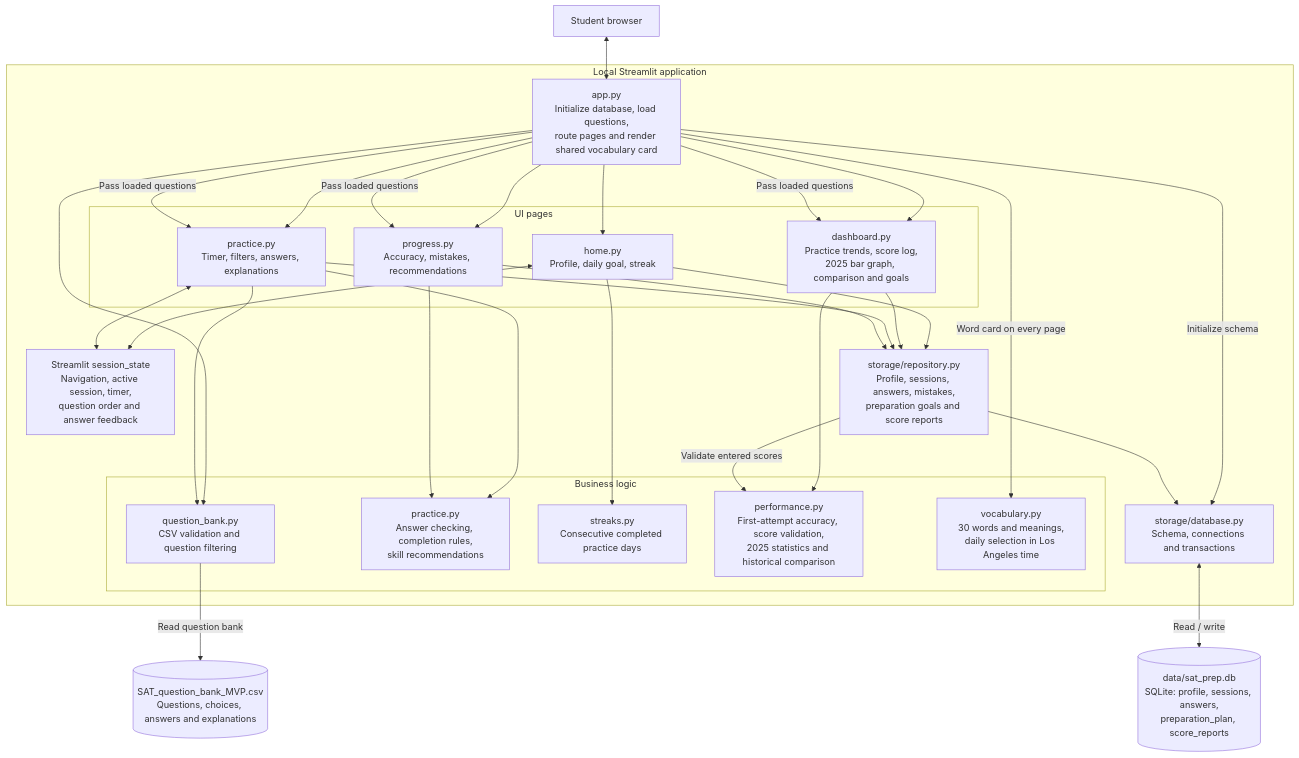
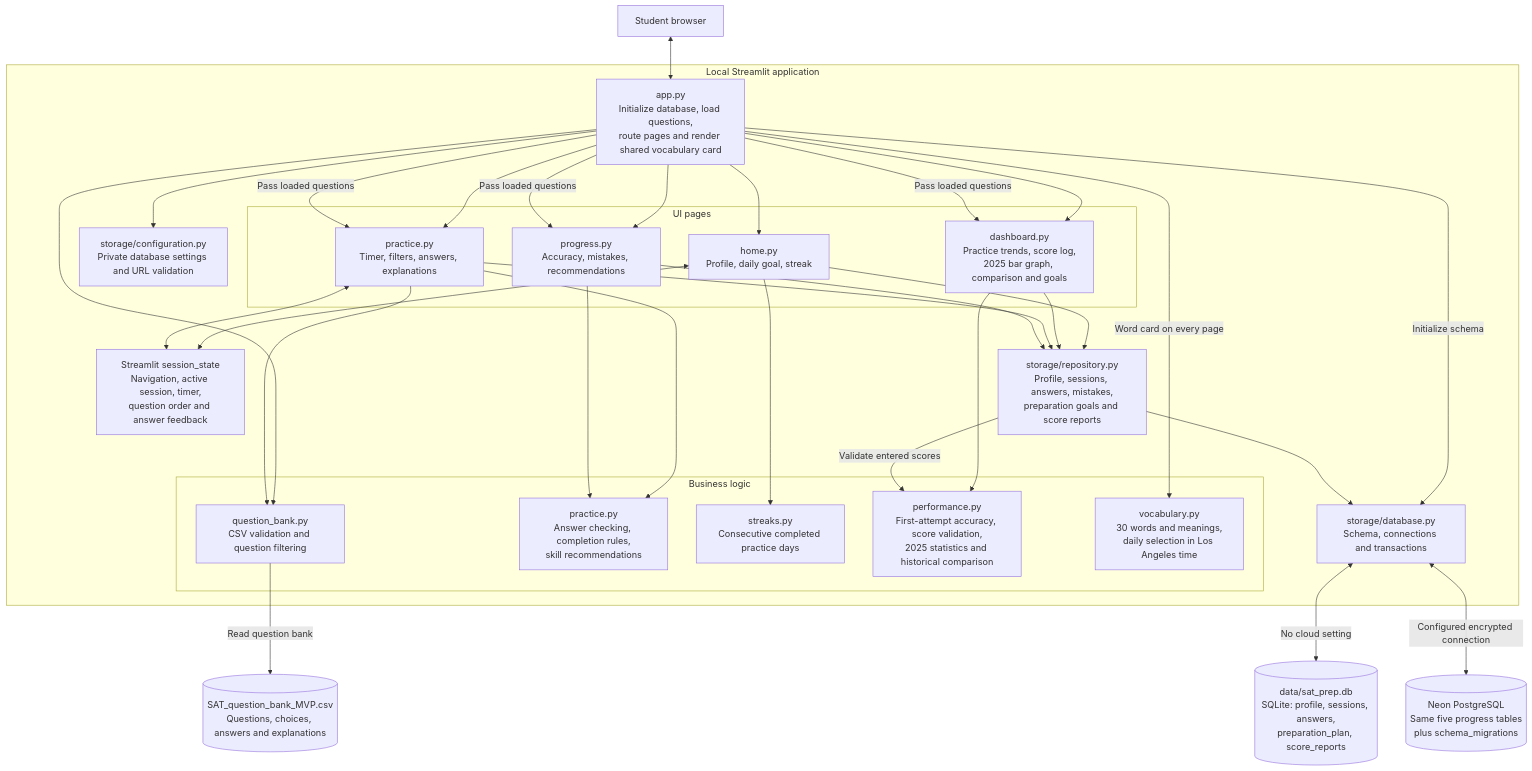
One commit to kavya3v/SAT_app changed the diagram in README.md. Above: the diagram before and after it, drawn with Mermaid. The commit also changed other lines of this file and 19 other files, not shown here.

Commit message:
Add persistent PostgreSQL storage and student-friendly teal navy design

````diff
--- a/README.md
+++ b/README.md
@@ -25,56 +25,60 @@
 ```mermaid
 flowchart TB
     browser["Student browser"] <--> app
 
     subgraph runtime["Local Streamlit application"]
         app["app.py<br/>Initialize database, load questions,<br/>route pages and render shared vocabulary card"]
 
         subgraph pages["UI pages"]
             home["home.py<br/>Profile, daily goal, streak"]
             dashboard["dashboard.py<br/>Practice trends, score log,<br/>2025 bar graph, comparison and goals"]
             practice["practice.py<br/>Timer, filters, answers, explanations"]
             progress["progress.py<br/>Accuracy, mistakes, recommendations"]
         end
 
         subgraph services["Business logic"]
             bank["question_bank.py<br/>CSV validation and question filtering"]
             rules["practice.py<br/>Answer checking, completion rules,<br/>skill recommendations"]
             streaks["streaks.py<br/>Consecutive completed practice days"]
             performance["performance.py<br/>First-attempt accuracy, score validation,<br/>2025 statistics and historical comparison"]
             vocabulary["vocabulary.py<br/>30 words and meanings,<br/>daily selection in Los Angeles time"]
         end
 
         state["Streamlit session_state<br/>Navigation, active session, timer,<br/>question order and answer feedback"]
         repo["storage/repository.py<br/>Profile, sessions, answers, mistakes,<br/>preparation goals and score reports"]
         database["storage/database.py<br/>Schema, connections and transactions"]
+        configuration["storage/configuration.py<br/>Private database settings and URL validation"]
 
         app --> home
         app --> dashboard
         app --> practice
         app --> progress
         app --> bank
+        app --> configuration
         app -->|"Word card on every page"| vocabulary
         app -->|"Initialize schema"| database
         home --> streaks
         home --> repo
         dashboard --> performance
         dashboard --> repo
         practice --> bank
         practice --> rules
         practice --> repo
         progress --> rules
         progress --> repo
         home <--> state
         practice <--> state
         app -->|"Pass loaded questions"| practice
         app -->|"Pass loaded questions"| progress
         app -->|"Pass loaded questions"| dashboard
         repo --> database
         repo -->|"Validate entered scores"| performance
     end
 
     csv[("SAT_question_bank_MVP.csv<br/>Questions, choices, answers and explanations")]
     sqlite[("data/sat_prep.db<br/>SQLite: profile, sessions, answers,<br/>preparation_plan, score_reports")]
+    postgres[("Neon PostgreSQL<br/>Same five progress tables<br/>plus schema_migrations")]
     bank -->|"Read question bank"| csv
-    database <-->|"Read / write"| sqlite
+    database <-->|"No cloud setting"| sqlite
+    database <-->|"Configured encrypted connection"| postgres
 ```
````
